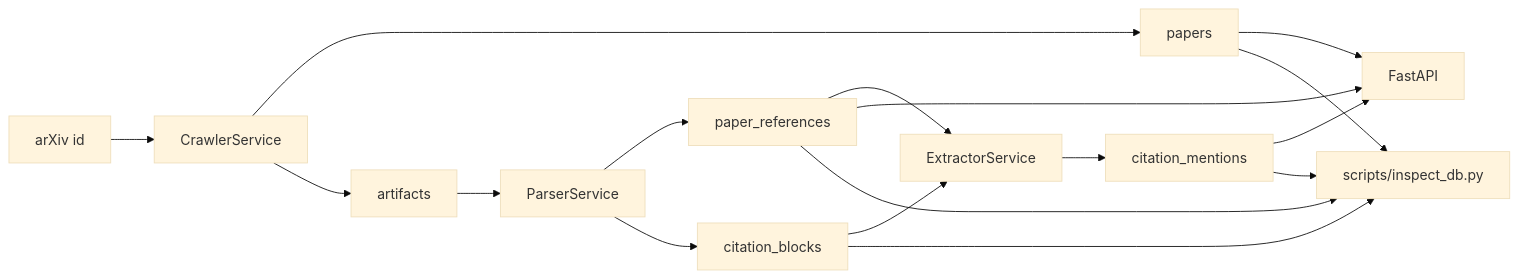
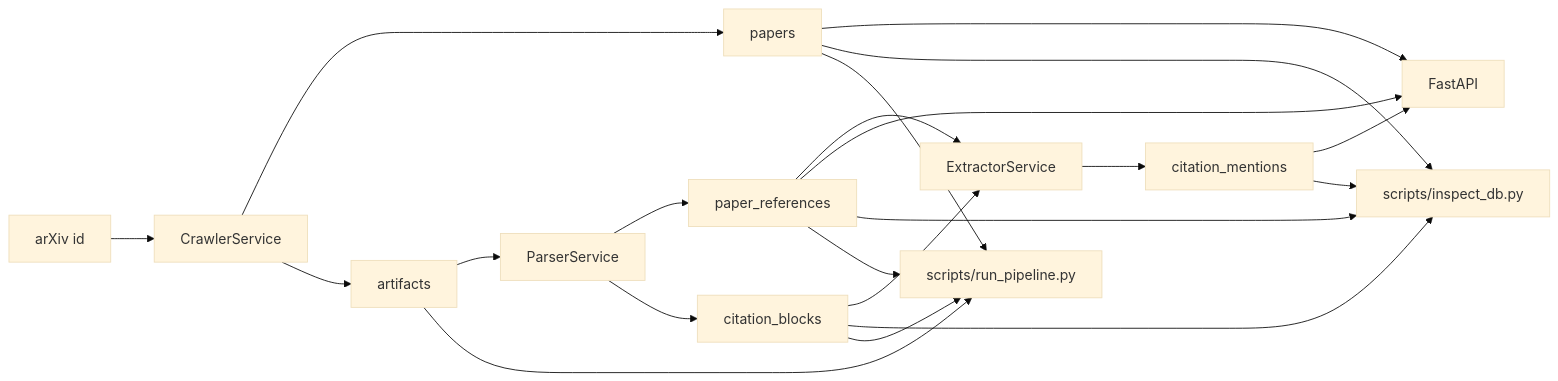
The first of 2 diagrams in ARCHITECTURE.md (vegaction/next_briefgpt), drawn with Mermaid (base theme) before and after one commit. The commit also changed other lines of this file and 3 other files, not shown here.

````diff
--- a/ARCHITECTURE.md
+++ b/ARCHITECTURE.md
@@ -21,19 +18,23 @@
 ```mermaid
 flowchart LR
     A["arXiv id"] --> B["CrawlerService"]
     B --> C["papers"]
     B --> D["artifacts"]
     D --> E["ParserService"]
     E --> F["paper_references"]
     E --> G["citation_blocks"]
     F --> H["ExtractorService"]
     G --> H
     H --> I["citation_mentions"]
     C --> J["FastAPI"]
     F --> J
     I --> J
     C --> K["scripts/inspect_db.py"]
     F --> K
     G --> K
     I --> K
+    C --> L["scripts/run_pipeline.py"]
+    D --> L
+    F --> L
+    G --> L
 ```
````
